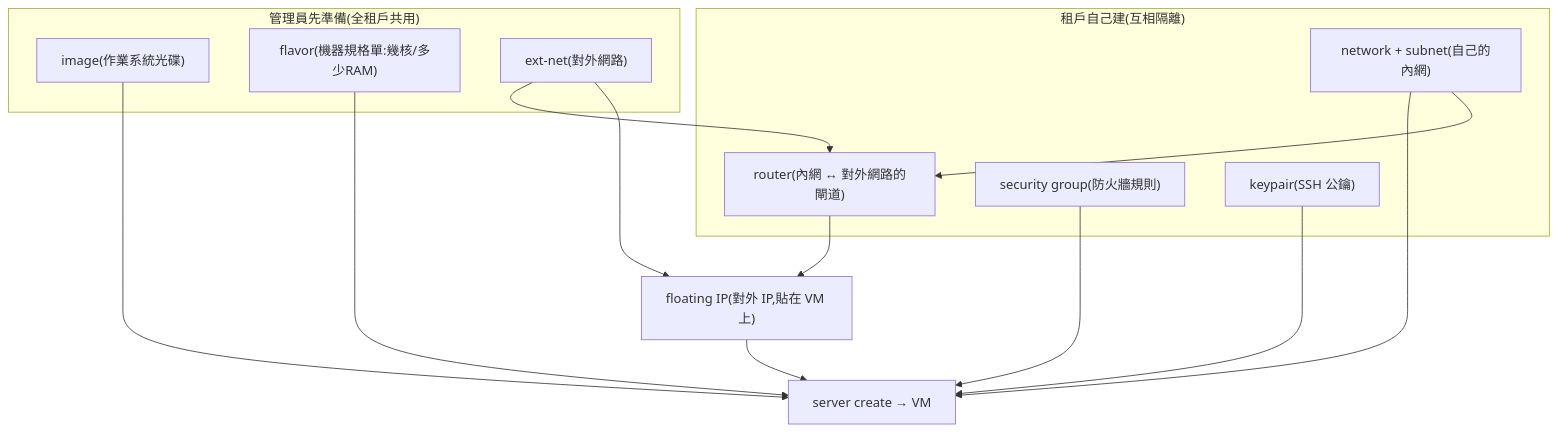
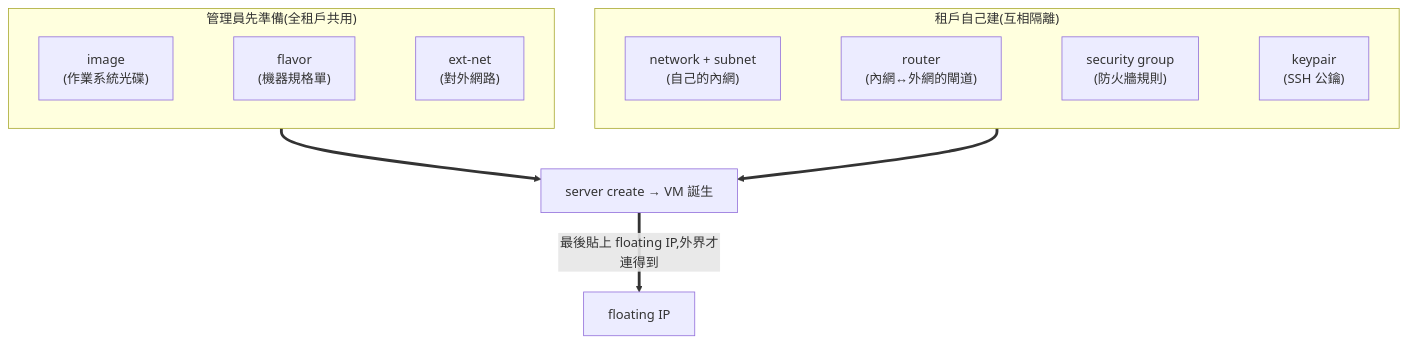
One commit to DeepWaveLab/OpenStackPracticing changed the first of 2 diagrams in docs/runbook/sprint3-day2-openstack-resource-flow.md. Above: the diagram before and after it, drawn with Mermaid. The commit also changed other lines of this file and 11 other files, not shown here.

Commit message:
docs: rewrite course chapters for reader-facing style with mermaid diagrams

````diff
--- a/docs/runbook/sprint3-day2-openstack-resource-flow.md
+++ b/docs/runbook/sprint3-day2-openstack-resource-flow.md
@@ -28,26 +28,14 @@
 ```mermaid
 flowchart TB
     subgraph admin["管理員先準備(全租戶共用)"]
-        IMG["image(作業系統光碟)"]
-        FLV["flavor(機器規格單:幾核/多少RAM)"]
-        EXT["ext-net(對外網路)"]
+        direction LR
+        IMG["image<br/>(作業系統光碟)"] ~~~ FLV["flavor<br/>(機器規格單)"] ~~~ EXT["ext-net<br/>(對外網路)"]
     end
     subgraph tenant["租戶自己建(互相隔離)"]
-        NET["network + subnet(自己的內網)"]
-        RTR["router(內網 ↔ 對外網路的閘道)"]
-        SG["security group(防火牆規則)"]
-        KEY["keypair(SSH 公鑰)"]
+        direction LR
+        NET["network + subnet<br/>(自己的內網)"] ~~~ RTR["router<br/>(內網↔外網的閘道)"] ~~~ SG["security group<br/>(防火牆規則)"] ~~~ KEY["keypair<br/>(SSH 公鑰)"]
     end
-    VM["server create → VM"]
-    FIP["floating IP(對外 IP,貼在 VM 上)"]
-    IMG --> VM
-    FLV --> VM
-    NET --> VM
-    KEY --> VM
-    SG --> VM
-    EXT --> RTR
-    NET --> RTR
-    EXT --> FIP
-    RTR --> FIP
-    FIP --> VM
+    admin ==> VM["server create → VM 誕生"]
+    tenant ==> VM
+    VM ==>|"最後貼上 floating IP,外界才連得到"| FIP["floating IP"]
 ```
````
